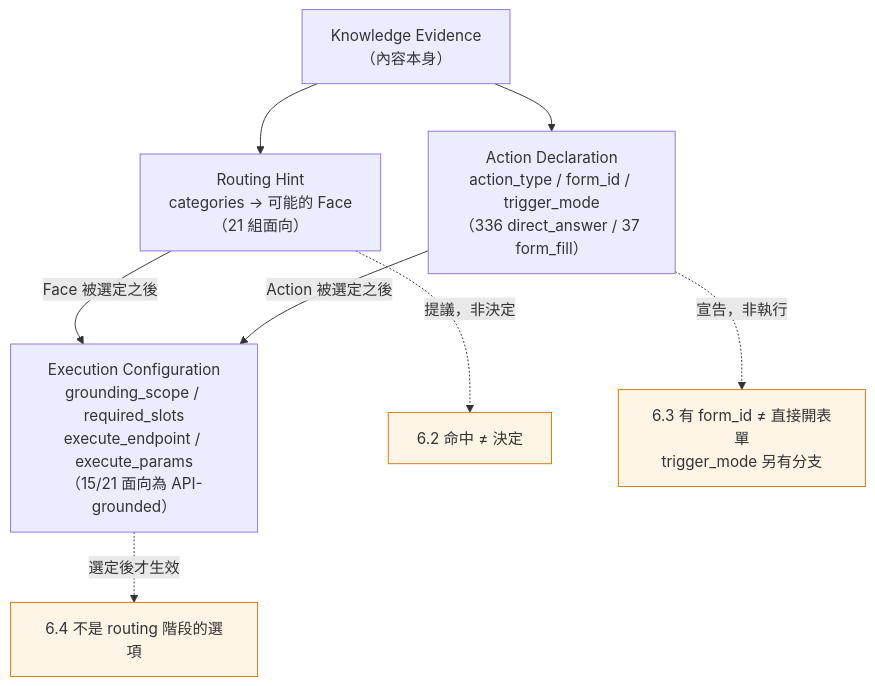
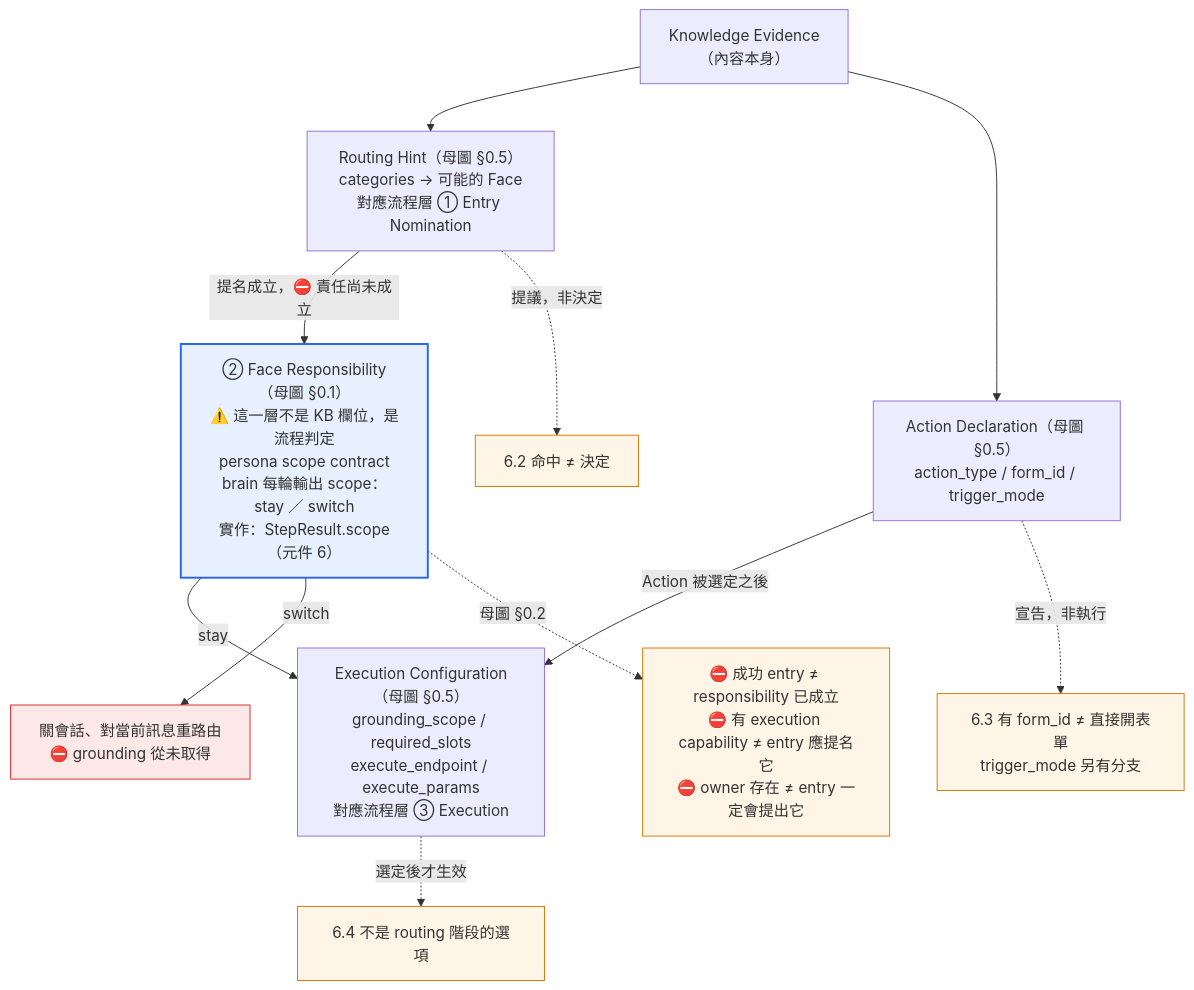
The seventh of 10 diagrams in .kiro/specs/conversational-routing-execution/design.md (JGBlenny/AIChatbot), drawn with Mermaid before and after one commit. The commit also changed other lines of this file and 13 other files, not shown here.

````diff
--- a/.kiro/specs/conversational-routing-execution/design.md
+++ b/.kiro/specs/conversational-routing-execution/design.md
@@ -1134,16 +1150,25 @@
 ```mermaid
 graph TD
     KE["Knowledge Evidence<br/>（內容本身）"]
-    KE --> RH["Routing Hint<br/>categories → 可能的 Face<br/>（21 組面向）"]
-    KE --> AD["Action Declaration<br/>action_type / form_id / trigger_mode<br/>（336 direct_answer / 37 form_fill）"]
-    RH -->|Face 被選定之後| EC["Execution Configuration<br/>grounding_scope / required_slots<br/>execute_endpoint / execute_params<br/>（15/21 面向為 API-grounded）"]
+    KE --> RH["Routing Hint（母圖 §0.5）<br/>categories → 可能的 Face<br/>對應流程層 ① Entry Nomination"]
+    KE --> AD["Action Declaration（母圖 §0.5）<br/>action_type / form_id / trigger_mode"]
+
+    RH -->|提名成立，⛔ 責任尚未成立| FR["② Face Responsibility（母圖 §0.1）<br/>⚠️ 這一層不是 KB 欄位，是流程判定<br/>persona scope contract<br/>brain 每輪輸出 scope：stay ／ switch<br/>實作：StepResult.scope（元件 6）"]
+
+    FR -->|stay| EC["Execution Configuration（母圖 §0.5）<br/>grounding_scope / required_slots<br/>execute_endpoint / execute_params<br/>對應流程層 ③ Execution"]
+    FR -->|switch| CLOSE["關會話、對當前訊息重路由<br/>⛔ grounding 從未取得"]
+
     AD -->|Action 被選定之後| EC
 
     RH -.->|提議，非決定| N1["6.2 命中 ≠ 決定"]
     AD -.->|宣告，非執行| N2["6.3 有 form_id ≠ 直接開表單<br/>trigger_mode 另有分支"]
     EC -.->|選定後才生效| N3["6.4 不是 routing 階段的選項"]
+    FR -.->|母圖 §0.2| N4["⛔ 成功 entry ≠ responsibility 已成立<br/>⛔ 有 execution capability ≠ entry 應提名它<br/>⛔ owner 存在 ≠ entry 一定會提出它"]
 
+    style FR fill:#e6f0ff,stroke:#2563eb,stroke-width:2px
+    style CLOSE fill:#fde8e8,stroke:#dc2626
     style N1 fill:#fff5e6,stroke:#d97706
     style N2 fill:#fff5e6,stroke:#d97706
     style N3 fill:#fff5e6,stroke:#d97706
+    style N4 fill:#fff5e6,stroke:#d97706
 ```
````
